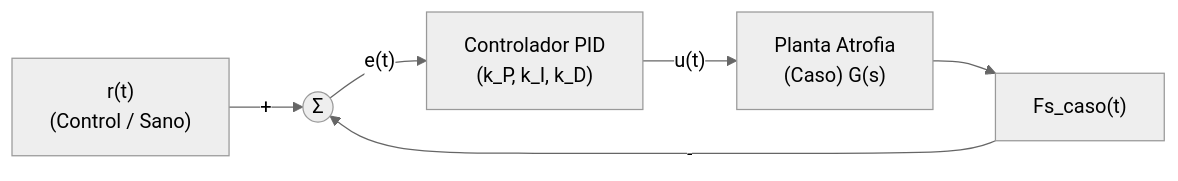
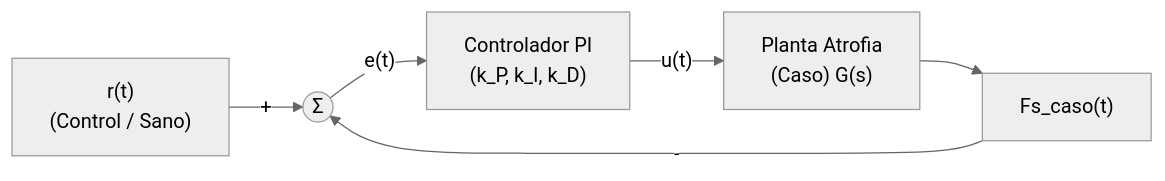
One commit to EmiCrack132/MSFP3 changed the first of 2 diagrams in README.md. Above: the diagram before and after it, drawn with Mermaid (neutral theme). The commit also changed other lines of this file, not shown here.

````diff
--- a/README.md
+++ b/README.md
@@ -229,8 +229,8 @@
 ```mermaid
 flowchart LR
     R["r(t)<br/>(Control / Sano)"] -->|"+"| SUM(("Σ"))
-    SUM -->|"e(t)"| PID["Controlador PID<br/>(k_P, k_I, k_D)"]
-    PID -->|"u(t)"| CASE["Planta Atrofia<br/>(Caso) G(s)"]
+    SUM -->|"e(t)"| PI["Controlador PI<br/>(k_P, k_I, k_D)"]
+    PI -->|"u(t)"| CASE["Planta Atrofia<br/>(Caso) G(s)"]
     CASE --> OUTPUT["Fs_caso(t)"]
     OUTPUT -->|" - "| SUM
 ```
````
